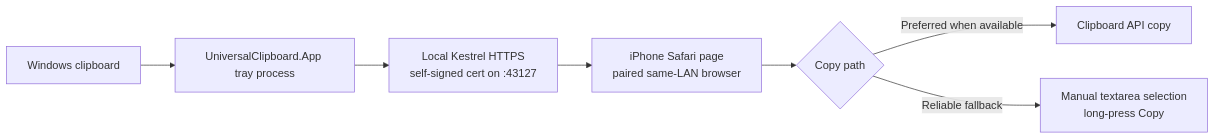
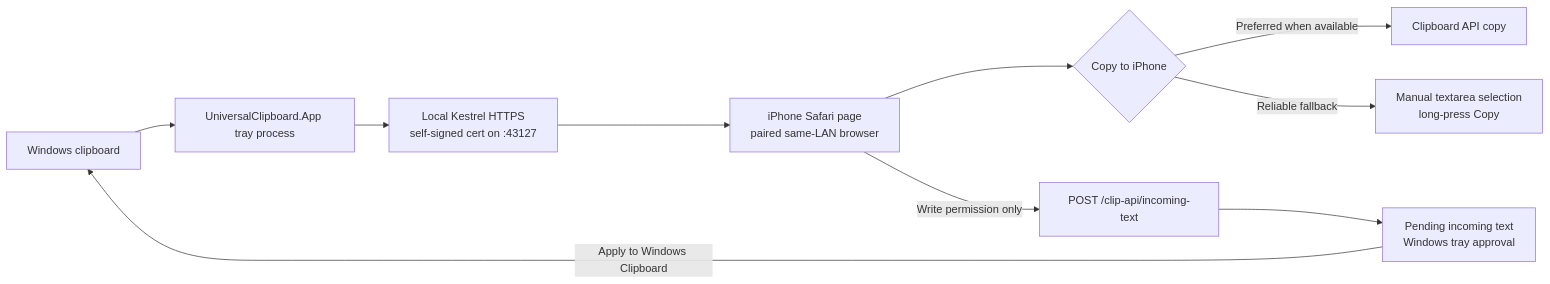
The diagram in README.md (ray910408/Universal_Clipboard), drawn with Mermaid before and after one commit. The commit also changed other lines of this file and 28 other files, not shown here.

````diff
--- a/README.md
+++ b/README.md
@@ -61,9 +64,12 @@
 ```mermaid
 flowchart LR
     A["Windows clipboard"] --> B["UniversalClipboard.App tray process"]
     B --> C["Local Kestrel HTTPS<br/>self-signed cert on :43127"]
     C --> D["iPhone Safari page<br/>paired same-LAN browser"]
-    D --> E{"Copy path"}
+    D --> E{"Copy to iPhone"}
     E -->|Preferred when available| F["Clipboard API copy"]
     E -->|Reliable fallback| G["Manual textarea selection<br/>long-press Copy"]
+    D -->|Write permission only| H["POST /clip-api/incoming-text"]
+    H --> I["Pending incoming text<br/>Windows tray approval"]
+    I -->|Apply to Windows Clipboard| A
 ```
````
